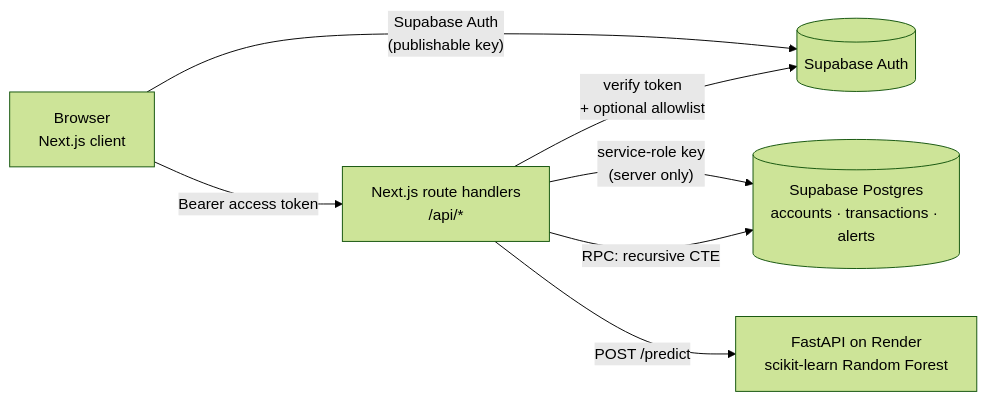
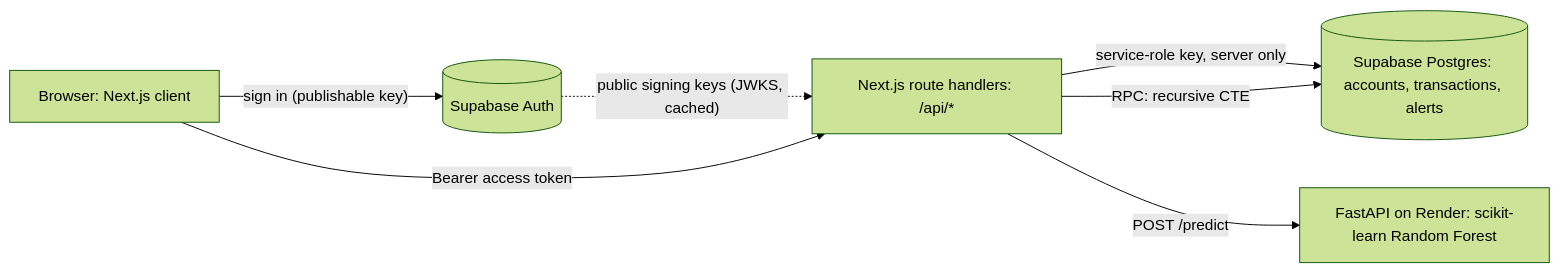
The diagram in README.md (abhimarkzz/MuleWatch), drawn with Mermaid (forest theme) before and after one commit. The commit also changed other lines of this file and 7 other files, not shown here.

````diff
--- a/README.md
+++ b/README.md
@@ -13,9 +13,9 @@
 ```mermaid
 flowchart LR
-  B[Browser<br/>Next.js client] -- "Supabase Auth<br/>(publishable key)" --> SA[(Supabase Auth)]
-  B -- "Bearer access token" --> R[Next.js route handlers<br/>/api/*]
-  R -- "verify token<br/>+ optional allowlist" --> SA
-  R -- "service-role key<br/>(server only)" --> DB[(Supabase Postgres<br/>accounts · transactions · alerts)]
-  R -- "RPC: recursive CTE" --> DB
-  R -- "POST /predict" --> M[FastAPI on Render<br/>scikit-learn Random Forest]
+  B["Browser: Next.js client"] -->|"sign in (publishable key)"| SA[("Supabase Auth")]
+  SA -.->|"public signing keys (JWKS, cached)"| R
+  B -->|"Bearer access token"| R["Next.js route handlers: /api/*"]
+  R -->|"service-role key, server only"| DB[("Supabase Postgres: accounts, transactions, alerts")]
+  R -->|"RPC: recursive CTE"| DB
+  R -->|"POST /predict"| M["FastAPI on Render: scikit-learn Random Forest"]
 ```
````
